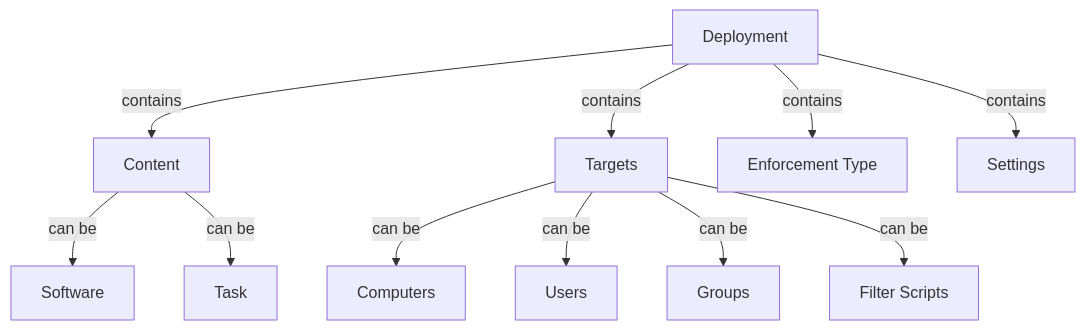
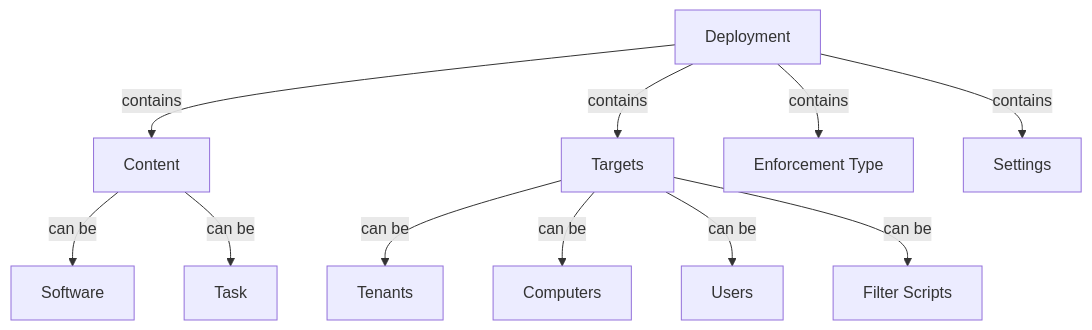
Before and after one commit to immense/immybot-documentation: the diagram in Documentation/CoreFeatures/deployments.md, drawn with Mermaid. The commit also changed other lines of this file and 13 other files, not shown here.

````diff
--- a/Documentation/CoreFeatures/deployments.md
+++ b/Documentation/CoreFeatures/deployments.md
@@ -14,13 +14,13 @@
 ```mermaid
 graph TD
     A[Deployment] -->|contains| B[Content]
     A -->|contains| C[Targets]
     A -->|contains| D[Enforcement Type]
     A -->|contains| E[Settings]
     B -->|can be| F[Software]
     B -->|can be| G[Task]
-    C -->|can be| H[Computers]
-    C -->|can be| I[Users]
-    C -->|can be| J[Groups]
+    C -->|can be| H[Tenants]
+    C -->|can be| I[Computers]
+    C -->|can be| J[Users]
     C -->|can be| K[Filter Scripts]
 ```
````
